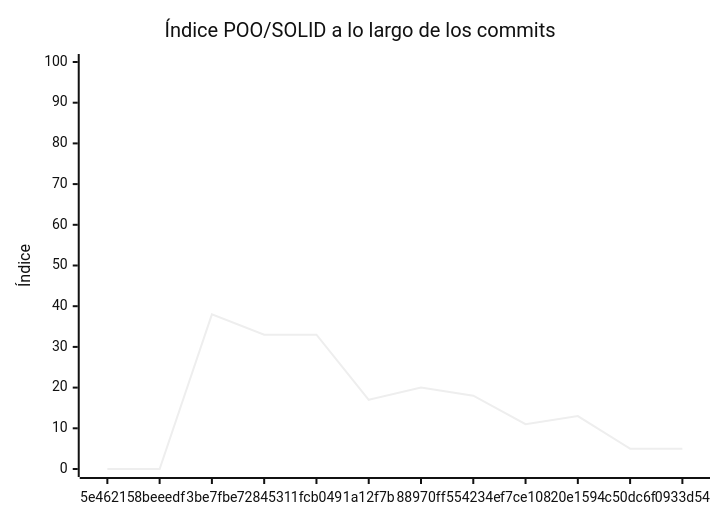
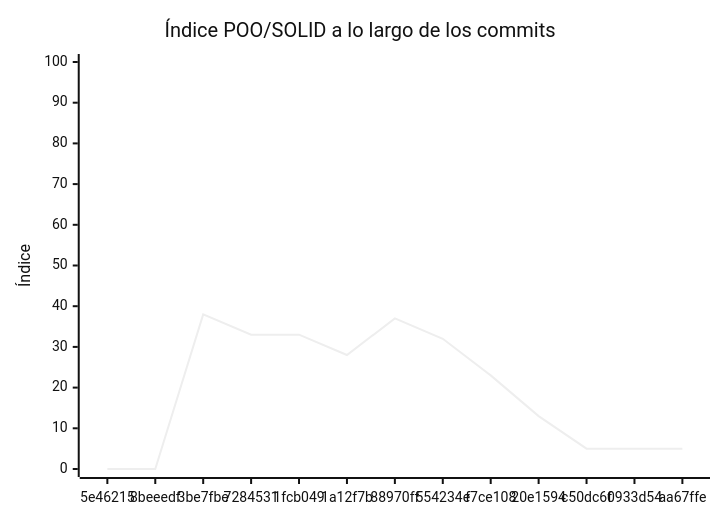
One commit to Stark-Industries123/PROYECTO-FINAL-EUYIN changed the diagram in docs/EVALUACION.md. Above: the diagram before and after it, drawn with Mermaid (neutral theme). The commit also changed other lines of this file and 1 other file, not shown here.

````diff
--- a/docs/EVALUACION.md
+++ b/docs/EVALUACION.md
@@ -308,7 +224,7 @@
 ```mermaid
 xychart-beta
     title "Índice POO/SOLID a lo largo de los commits"
-    x-axis ["5e46215", "8beeedf", "3be7fbe", "7284531", "1fcb049", "1a12f7b", "88970ff", "554234e", "f7ce108", "20e1594", "c50dc6f", "0933d54"]
+    x-axis ["5e46215", "8beeedf", "3be7fbe", "7284531", "1fcb049", "1a12f7b", "88970ff", "554234e", "f7ce108", "20e1594", "c50dc6f", "0933d54", "aa67ffe"]
     y-axis "Índice" 0 --> 100
-    line [0, 0, 38, 33, 33, 17, 20, 18, 11, 13, 5, 5]
+    line [0, 0, 38, 33, 33, 28, 37, 32, 23, 13, 5, 5, 5]
 ```
````
